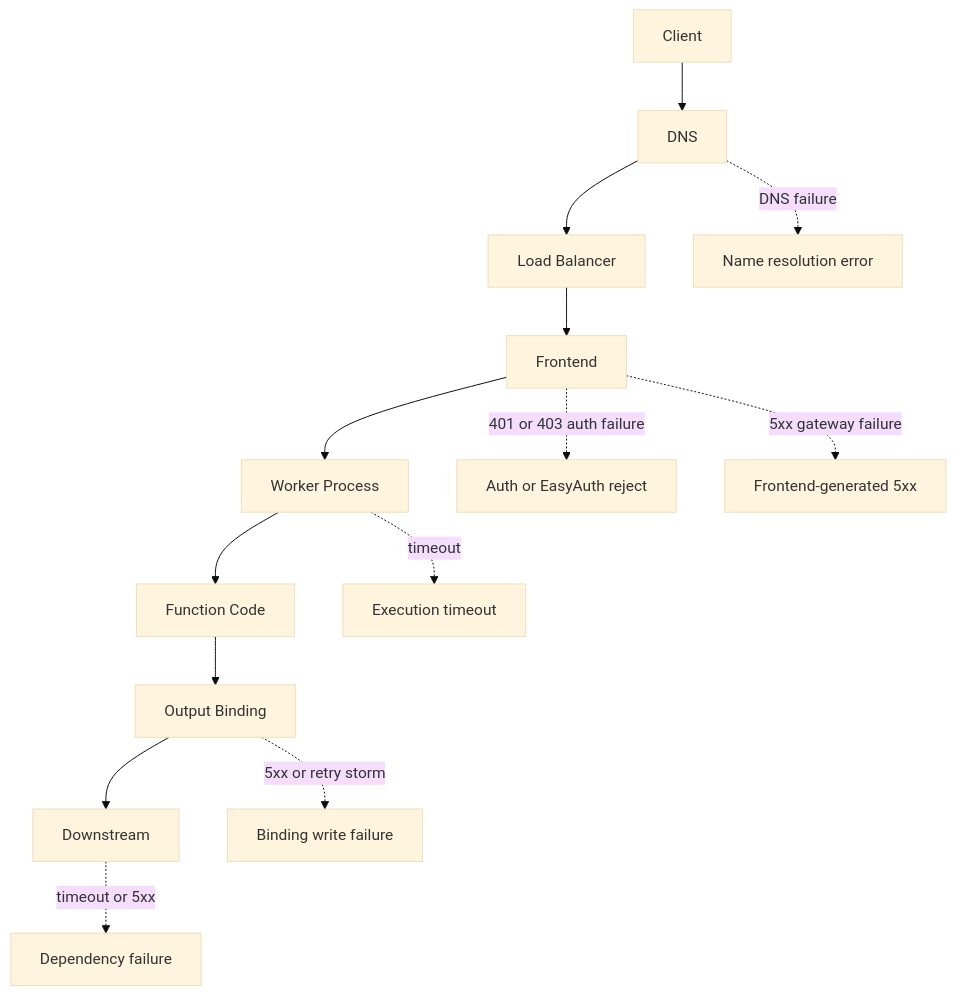
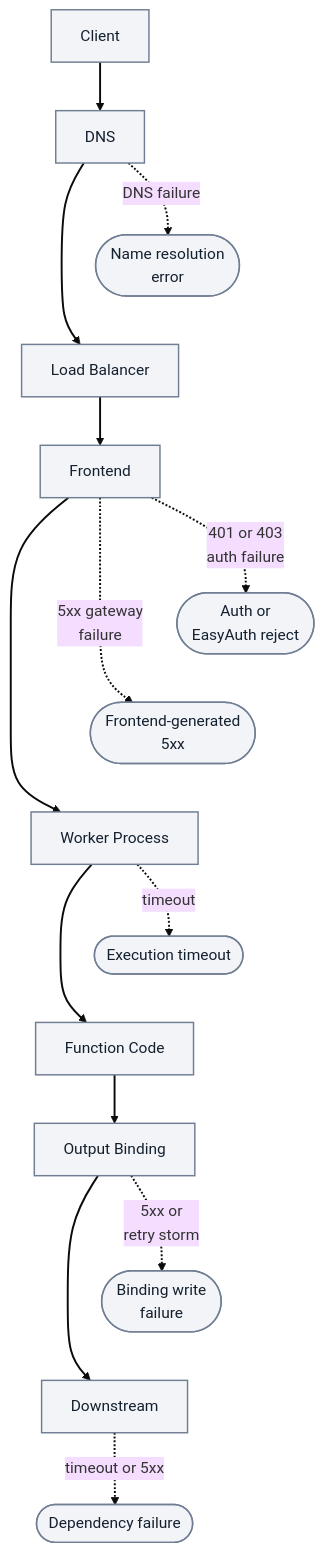
The first of 6 diagrams in docs/troubleshooting/request-flow-for-incident-response.md (yeongseon/azure-functions-practical-guide), drawn with Mermaid (base theme) before and after one commit. The commit also changed other lines of this file and 1 other file, not shown here.

First line of the commit message:
docs(diagrams): improve incident-response flows and record storage-map blocker (#457)

````diff
--- a/docs/troubleshooting/request-flow-for-incident-response.md
+++ b/docs/troubleshooting/request-flow-for-incident-response.md
@@ -108,17 +112,28 @@
 ```mermaid
 flowchart TD
-    A[Client] --> B[DNS]
-    B --> C[Load Balancer]
-    C --> D[Frontend]
-    D --> E[Worker Process]
-    E --> F[Function Code]
-    F --> G[Output Binding]
-    G --> H[Downstream]
+    accTitle: Request-path diagnostic checkpoints
+    accDescr: Illustrative HTTP diagnostic order from client and DNS to frontend, worker, code, output binding and downstream, with six candidate failure associations. Arrows are not a packet trace.
+    A["Client"] --> B["DNS"]
+    B --> C["Load Balancer"]
+    C --> D["Frontend"]
+    D --> E["Worker Process"]
+    E --> F["Function Code"]
+    F --> G["Output Binding"]
+    G --> H["Downstream"]
 
-    B -. DNS failure .-> X1[Name resolution error]
-    D -. 401 or 403 auth failure .-> X2[Auth or EasyAuth reject]
-    D -. 5xx gateway failure .-> X3[Frontend-generated 5xx]
-    E -. timeout .-> X4[Execution timeout]
-    G -. 5xx or retry storm .-> X5[Binding write failure]
-    H -. timeout or 5xx .-> X6[Dependency failure]
+    B -. "DNS failure" .-> X1(["Name resolution<br/>error"])
+    D -. "401 or 403<br/>auth failure" .-> X2(["Auth or<br/>EasyAuth reject"])
+    D -. "5xx gateway<br/>failure" .-> X3(["Frontend-generated<br/>5xx"])
+    E -. "timeout" .-> X4(["Execution timeout"])
+    G -. "5xx or<br/>retry storm" .-> X5(["Binding write<br/>failure"])
+    H -. "timeout or 5xx" .-> X6(["Dependency failure"])
+    %% Layout-only links serialize callouts; they add no diagnostic steps or arrows.
+    X1 ~~~ C
+    X2 ~~~ X3
+    X3 ~~~ E
+    X4 ~~~ F
+    X5 ~~~ H
+    classDef neutral fill:#f2f4f8,stroke:#707e93,stroke-width:1.5px,color:#14202e;
+    class A,B,C,D,E,F,G,H,X1,X2,X3,X4,X5,X6 neutral;
+    linkStyle default stroke-width:2px;
 ```
````
